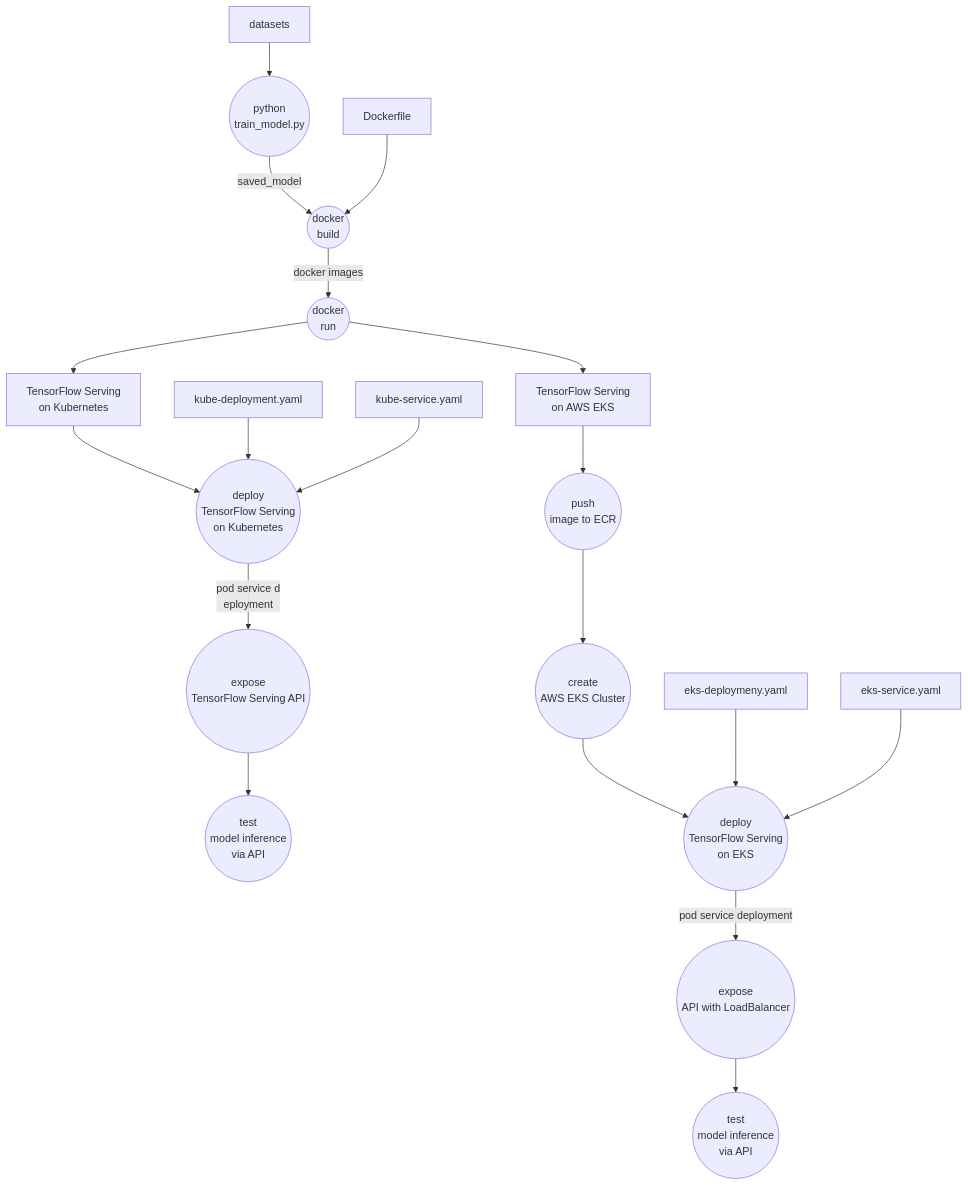
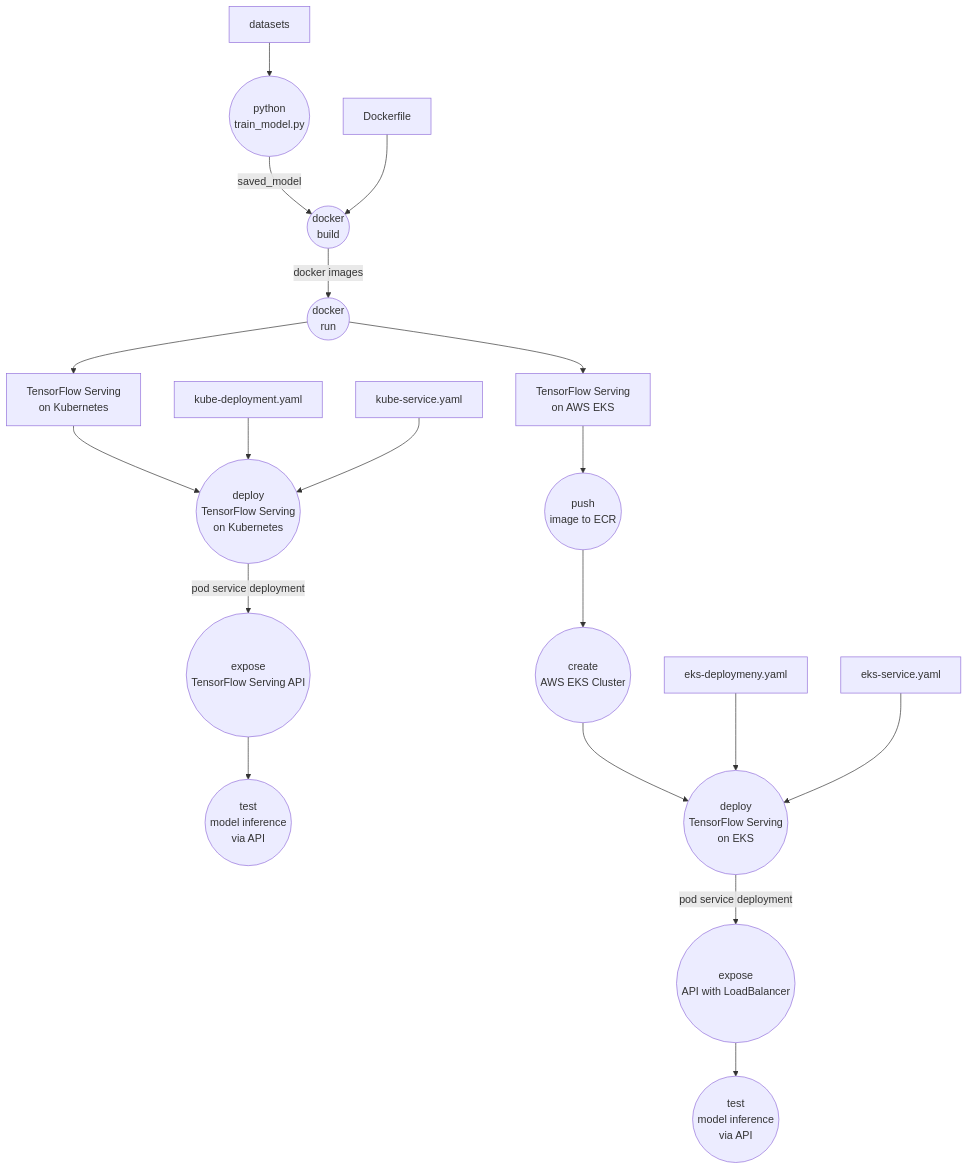
Before and after one commit to ketut-garjita/E-Commerce-Engagement-ML: the diagram in README.md, drawn with Mermaid.

````diff
--- a/README.md
+++ b/README.md
@@ -113,41 +113,40 @@
 ```mermaid
 graph TD
     A((python
 train_model.py)) --> | saved_model | B((docker
 build))
     B --> | docker images | C((docker
 run))
     C --> D1[TensorFlow Serving 
 on Kubernetes]
     C --> D2[TensorFlow Serving 
 on AWS EKS]
     
     D1 --> E1((deploy
 TensorFlow Serving
 on Kubernetes))
-    E1 --> | pod service d
-eployment | F1((expose
+    E1 --> | pod service deployment | F1((expose
 TensorFlow Serving API))
     F1 --> G1((test 
 model inference
 via API))
 
     D2 --> E2((push
 image to ECR))
     E2 --> F2((create
 AWS EKS Cluster))
     F2 --> G2((deploy 
 TensorFlow Serving
 on EKS))
     G2 --> | pod service deployment | H2((expose
 API with LoadBalancer))
     H2 --> I2((test 
 model inference
 via API))
 datasets --> A
 Dockerfile --> B
 kube-deployment.yaml --> E1
 kube-service.yaml --> E1
 eks-deploymeny.yaml --> G2
 eks-service.yaml --> G2
 ```
````
